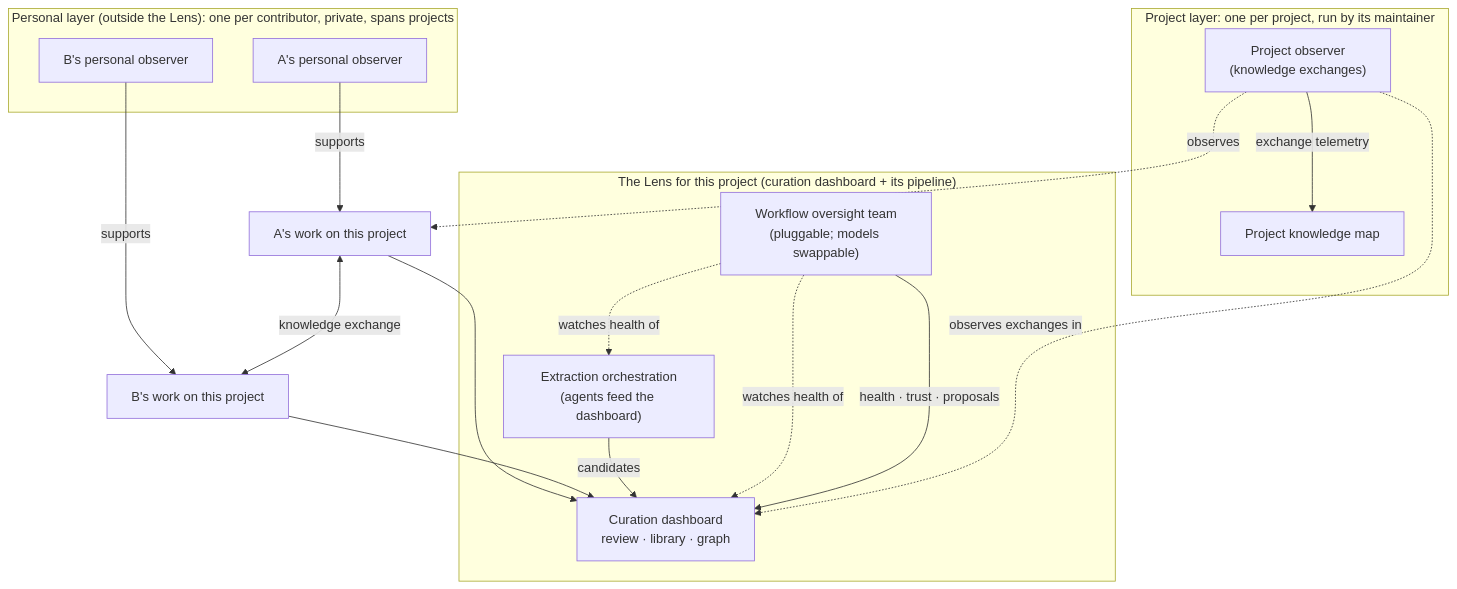
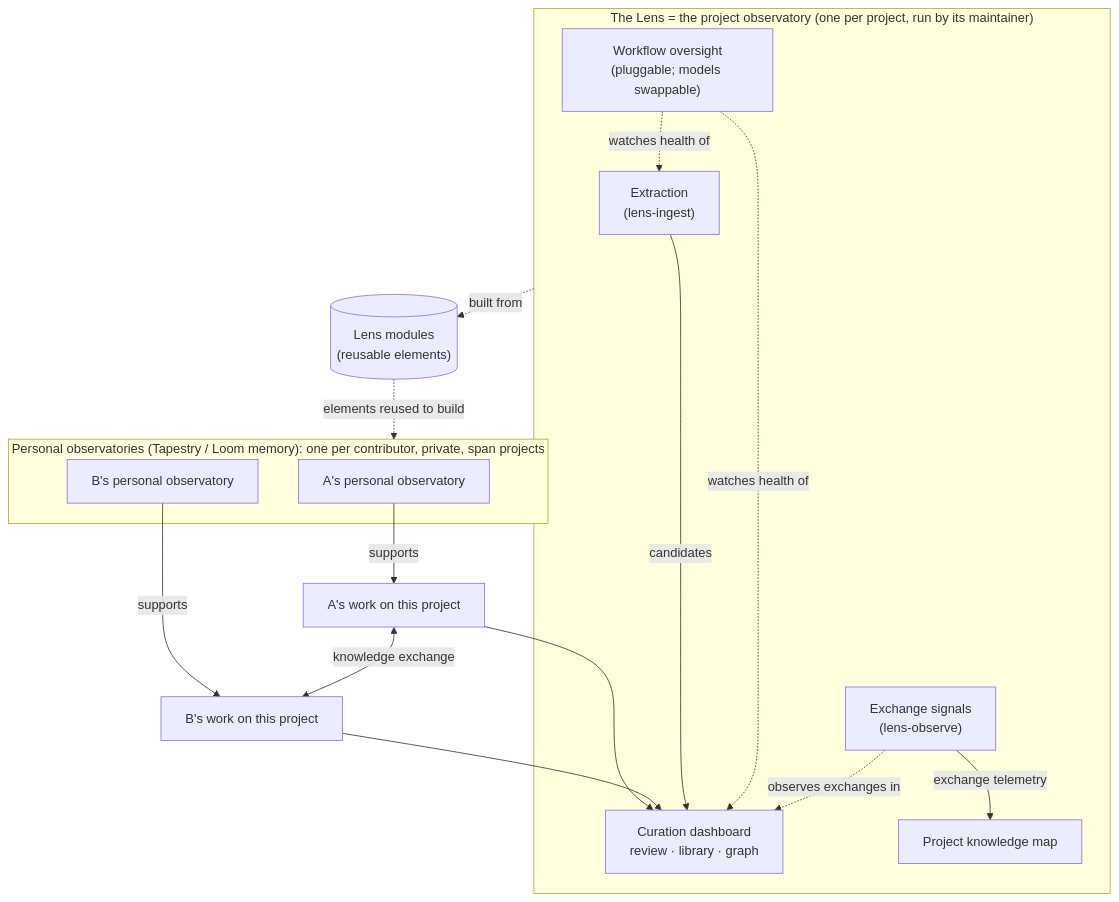
One commit to Lizo-RoadTown/surveyor changed the fourth of 4 diagrams in docs/decomposition/proves/module-map.md. Above: the diagram before and after it, drawn with Mermaid. The commit also changed other lines of this file and 2 other files, not shown here.

Commit message:
Correction: the Lens as a whole is the project observatory

````diff
--- a/docs/decomposition/proves/module-map.md
+++ b/docs/decomposition/proves/module-map.md
@@ -178,28 +187,27 @@
 ```mermaid
 flowchart TB
-  subgraph PERSONAL["Personal layer (outside the Lens): one per contributor, private, spans projects"]
-    PA["A's personal observer"]
-    PB["B's personal observer"]
+  subgraph PERSONAL["Personal observatories (Tapestry / Loom memory): one per contributor, private, span projects"]
+    PA["A's personal observatory"]
+    PB["B's personal observatory"]
   end
-  subgraph PROJECT["Project layer: one per project, run by its maintainer"]
-    PO["Project observer<br/>(knowledge exchanges)"]
+  subgraph LENS["The Lens = the project observatory (one per project, run by its maintainer)"]
+    EX["Extraction<br/>(lens-ingest)"]
+    DB["Curation dashboard<br/>review · library · graph"]
+    OB["Exchange signals<br/>(lens-observe)"]
+    WH["Workflow oversight<br/>(pluggable; models swappable)"]
     KM["Project knowledge map"]
   end
-  subgraph LAB["The Lens for this project (curation dashboard + its pipeline)"]
-    EX["Extraction orchestration<br/>(agents feed the dashboard)"]
-    DB["Curation dashboard<br/>review · library · graph"]
-    WH["Workflow oversight team<br/>(pluggable; models swappable)"]
-  end
+  LIB[("Lens modules<br/>(reusable elements)")]
   PA -->|supports| A["A's work on this project"]
   PB -->|supports| B["B's work on this project"]
   A <-->|knowledge exchange| B
   A --> DB
   B --> DB
   EX -->|candidates| DB
   WH -.->|watches health of| EX
   WH -.->|watches health of| DB
-  WH -->|health · trust · proposals| DB
-  PO -.->|observes| A
-  PO -.->|observes exchanges in| DB
-  PO -->|exchange telemetry| KM
+  OB -.->|observes exchanges in| DB
+  OB -->|exchange telemetry| KM
+  LIB -.->|elements reused to build| PERSONAL
+  LENS -.->|built from| LIB
 ```
````
